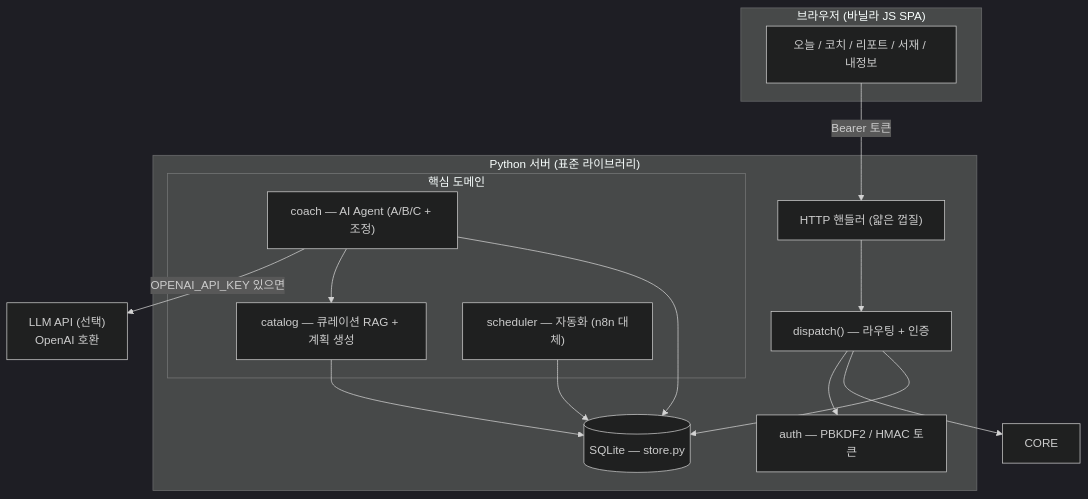
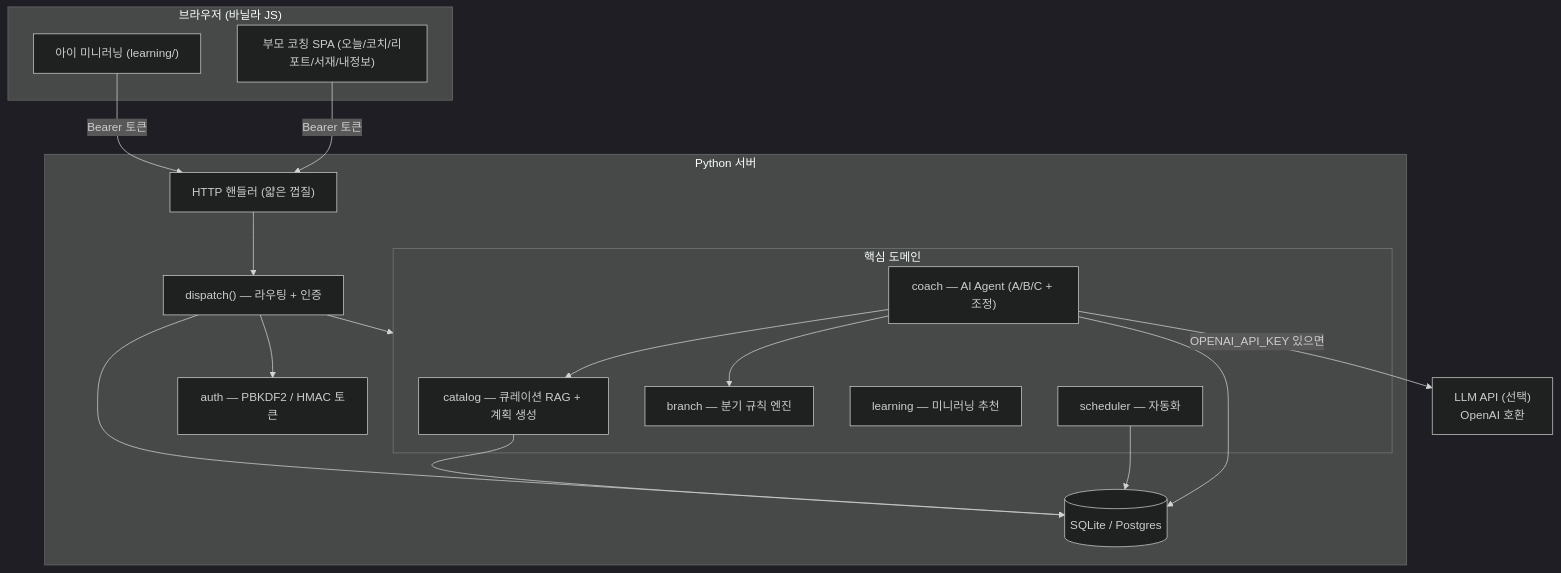
Before and after one commit to harold-llm/codyssey-native-C03_final: the first of 2 diagrams in 02-요구-명세서.md, drawn with Mermaid (dark theme). The commit also changed other lines of this file and 88 other files, not shown here.

````diff
--- a/02-요구-명세서.md
+++ b/02-요구-명세서.md
@@ -75,31 +80,36 @@
 ```mermaid
 flowchart TD
-    subgraph Client["브라우저 (바닐라 JS SPA)"]
-        UI["오늘 / 코치 / 리포트 / 서재 / 내정보"]
+    subgraph Client["브라우저 (바닐라 JS)"]
+        UI["부모 코칭 SPA (오늘/코치/리포트/서재/내정보)"]
+        LEARN["아이 미니러닝 (learning/)"]
     end
 
-    subgraph Server["Python 서버 (표준 라이브러리)"]
+    subgraph Server["Python 서버"]
         HTTP["HTTP 핸들러 (얇은 껍질)"]
         DISP["dispatch() — 라우팅 + 인증"]
         AUTH["auth — PBKDF2 / HMAC 토큰"]
         subgraph Core["핵심 도메인"]
             CAT["catalog — 큐레이션 RAG + 계획 생성"]
             COACH["coach — AI Agent (A/B/C + 조정)"]
-            SCH["scheduler — 자동화 (n8n 대체)"]
+            BR["branch — 분기 규칙 엔진"]
+            LRN["learning — 미니러닝 추천"]
+            SCH["scheduler — 자동화"]
         end
-        STORE[("SQLite — store.py")]
+        STORE[("SQLite / Postgres")]
     end
 
     LLM["LLM API (선택)\nOpenAI 호환"]
 
     UI -->|Bearer 토큰| HTTP
+    LEARN -->|Bearer 토큰| HTTP
     HTTP --> DISP
     DISP --> AUTH
-    DISP --> CORE
+    DISP --> Core
     COACH -->|"OPENAI_API_KEY 있으면"| LLM
     COACH --> CAT
+    COACH --> BR
     COACH --> STORE
     SCH --> STORE
     DISP --> STORE
     CAT --> STORE
 ```
````
